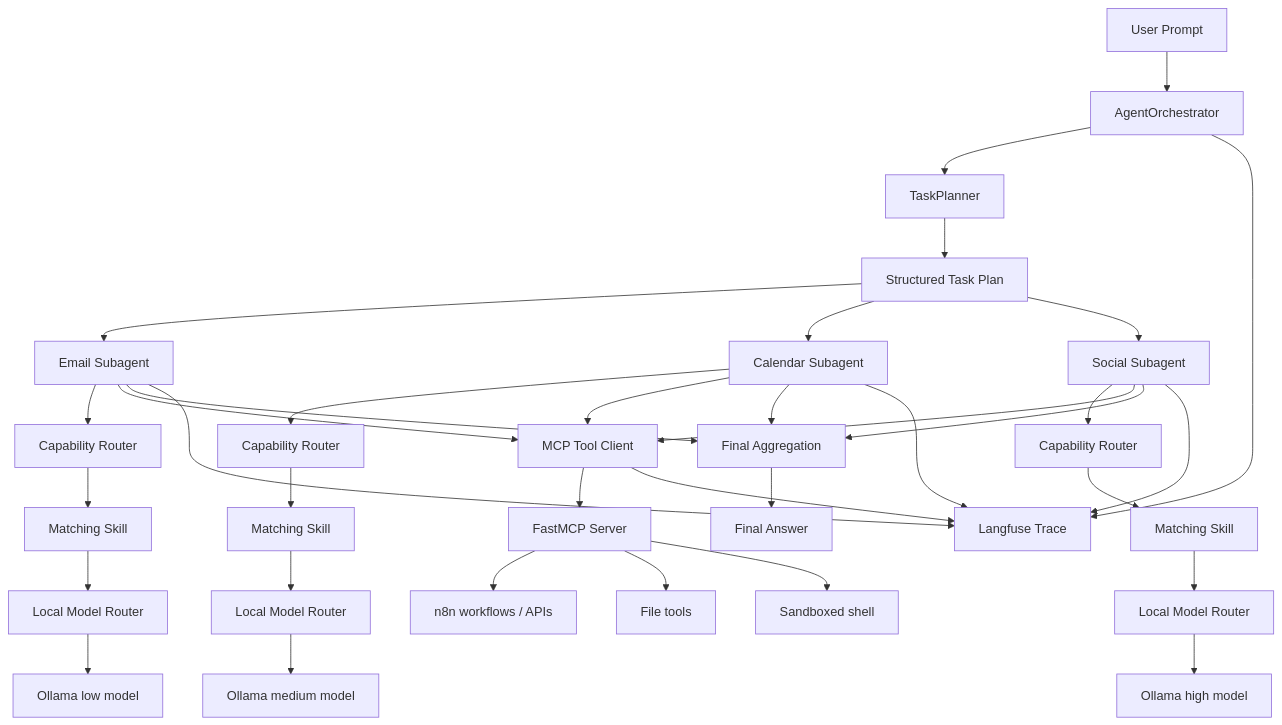
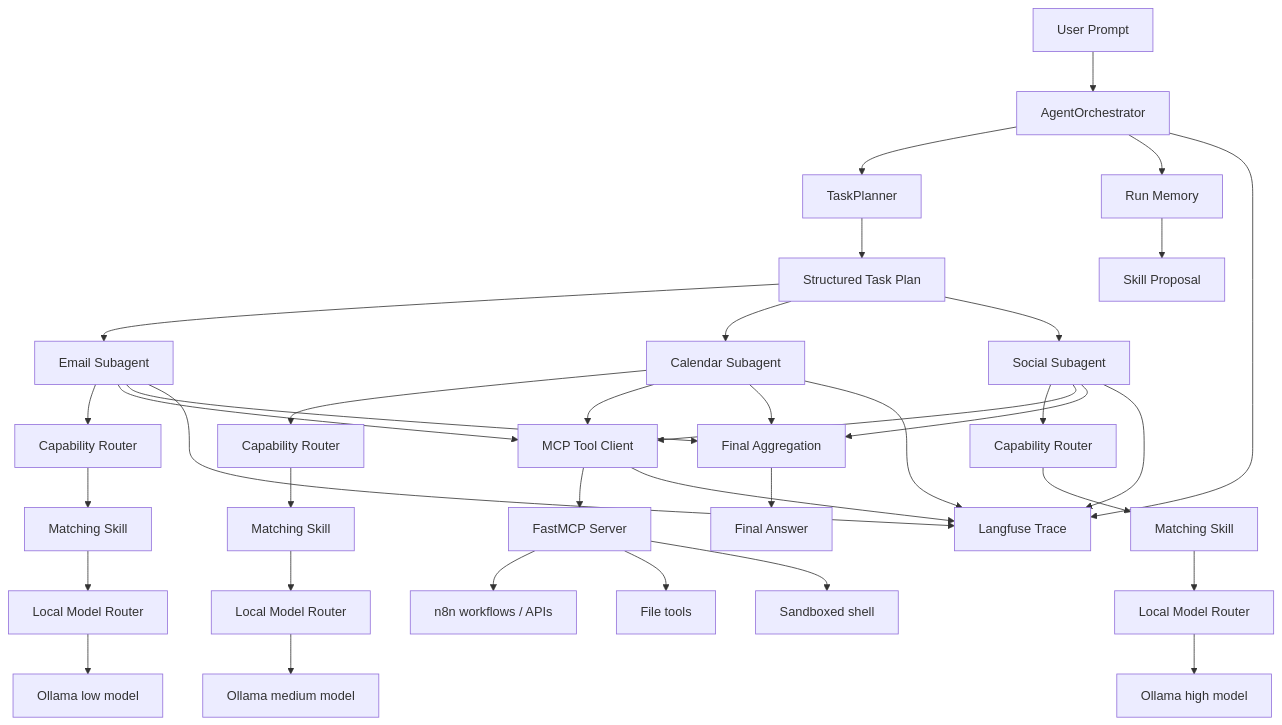
Before and after one commit to adityas2410/ReAct_Agent: the diagram in README.md, drawn with Mermaid. The commit also changed other lines of this file, not shown here.

Commit message:
Document memory traces and skill proposals

````diff
--- a/README.md
+++ b/README.md
@@ -34,46 +34,49 @@
 ```mermaid
 flowchart TD
     U[User Prompt] --> O[AgentOrchestrator]
     O --> P[TaskPlanner]
     P --> T[Structured Task Plan]
 
     T --> SA1[Email Subagent]
     T --> SA2[Calendar Subagent]
     T --> SA3[Social Subagent]
 
     SA1 --> CR1[Capability Router]
     SA2 --> CR2[Capability Router]
     SA3 --> CR3[Capability Router]
 
     CR1 --> SK1[Matching Skill]
     CR2 --> SK2[Matching Skill]
     CR3 --> SK3[Matching Skill]
 
     SK1 --> MR1[Local Model Router]
     SK2 --> MR2[Local Model Router]
     SK3 --> MR3[Local Model Router]
 
     MR1 --> OL1[Ollama low model]
     MR2 --> OL2[Ollama medium model]
     MR3 --> OL3[Ollama high model]
 
     SA1 --> MCP[MCP Tool Client]
     SA2 --> MCP
     SA3 --> MCP
 
     MCP --> MS[FastMCP Server]
     MS --> N8N[n8n workflows / APIs]
     MS --> FS[File tools]
     MS --> SH[Sandboxed shell]
 
     SA1 --> AGG[Final Aggregation]
     SA2 --> AGG
     SA3 --> AGG
     AGG --> OUT[Final Answer]
 
+    O --> MEM[Run Memory]
+    MEM --> PROP[Skill Proposal]
+
     O --> LF[Langfuse Trace]
     SA1 --> LF
     SA2 --> LF
     SA3 --> LF
     MCP --> LF
 ```
````
